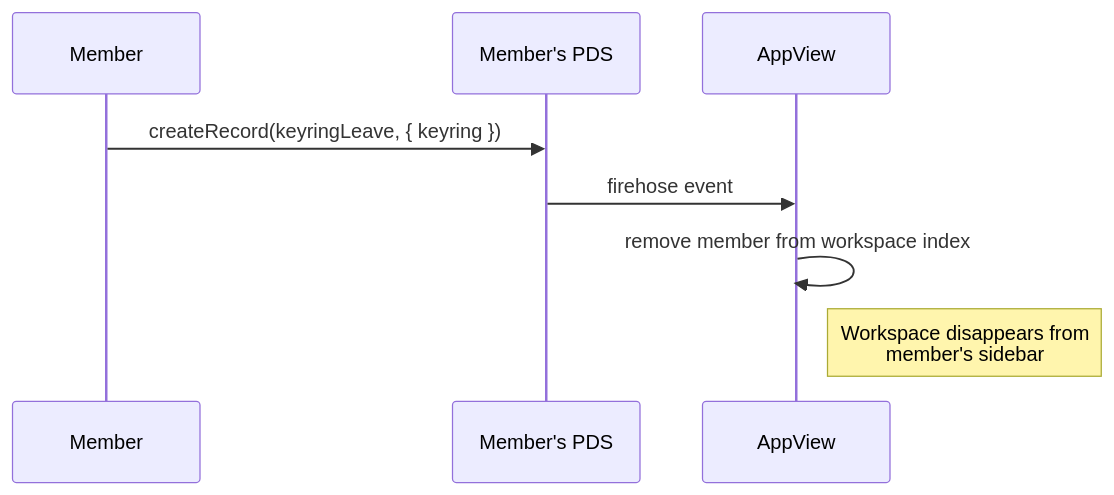
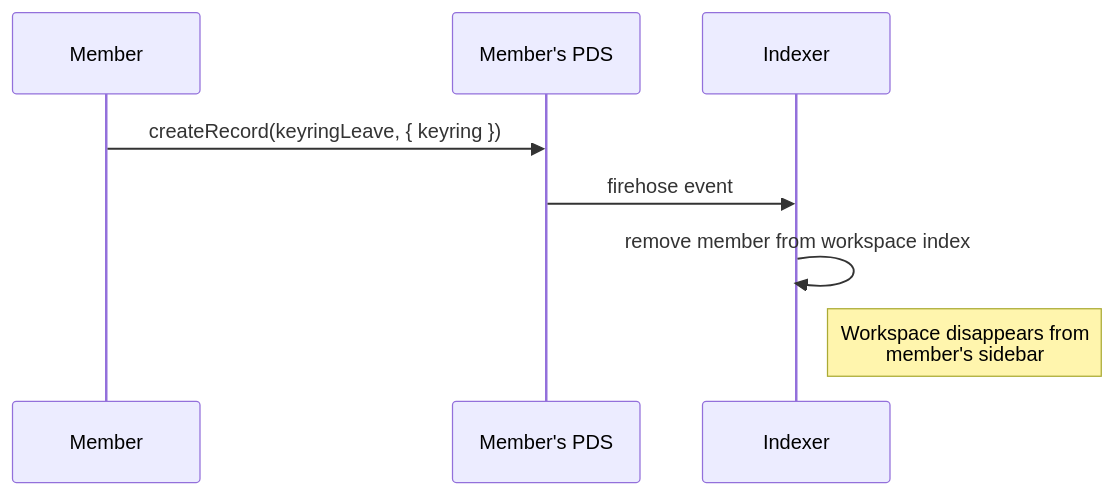
The fourth of 5 diagrams in lexicons/README.md (Sans-Self/Opake), drawn with Mermaid before and after one commit. The commit also changed other lines of this file and 302 other files, not shown here.

````diff
--- a/lexicons/README.md
+++ b/lexicons/README.md
@@ -139,11 +139,11 @@
 ```mermaid
 sequenceDiagram
     participant Member
     participant MemberPDS as Member's PDS
-    participant AppView
+    participant Indexer
 
     Member->>MemberPDS: createRecord(keyringLeave, { keyring })
-    MemberPDS->>AppView: firehose event
-    AppView->>AppView: remove member from workspace index
-    Note right of AppView: Workspace disappears from<br/>member's sidebar
+    MemberPDS->>Indexer: firehose event
+    Indexer->>Indexer: remove member from workspace index
+    Note right of Indexer: Workspace disappears from<br/>member's sidebar
 ```
````
